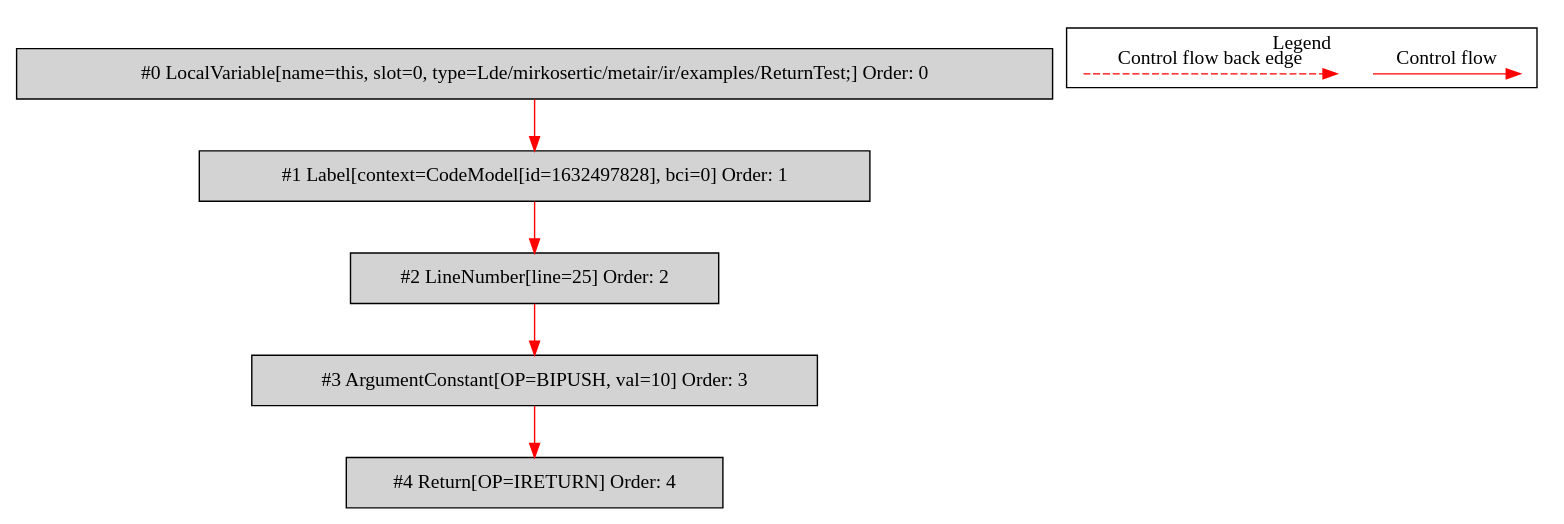
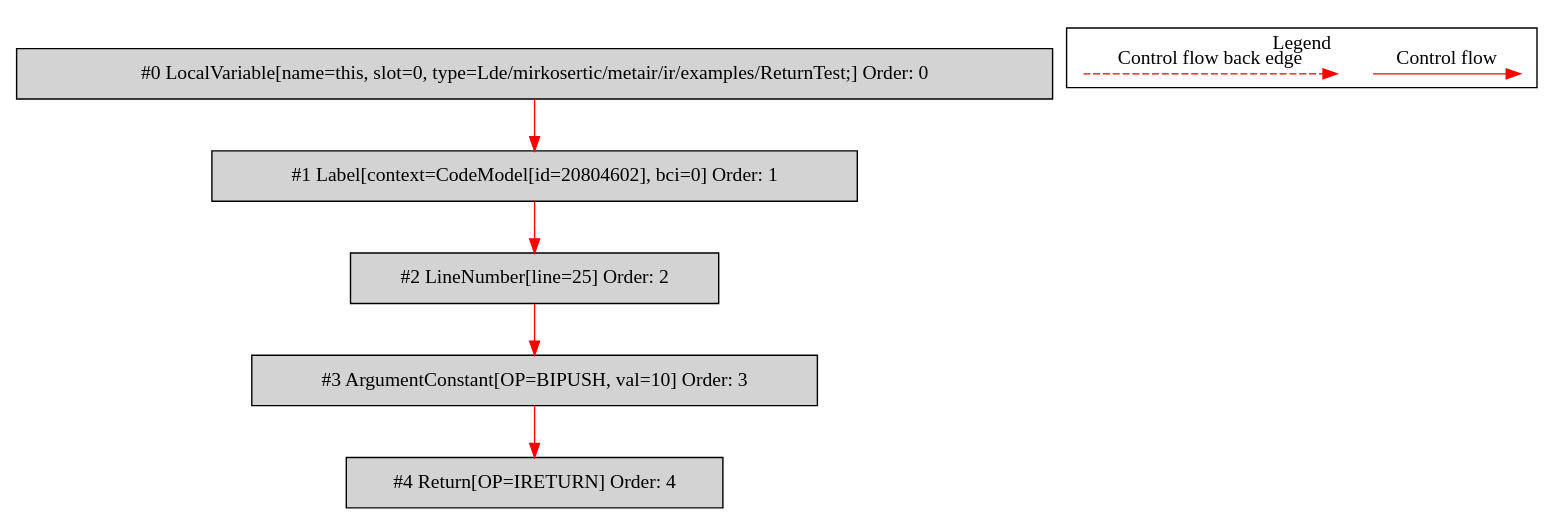
One commit to mirkosertic/MetaIR changed the diagram in de.mirkosertic.metair.ir.examples.ReturnTest/returnInt/bytecodecfg.dot. Above: the diagram before and after it, drawn with Graphviz. The commit also changed 427 other files, not shown here.

```diff
--- a/de.mirkosertic.metair.ir.examples.ReturnTest/returnInt/bytecodecfg.dot
+++ b/de.mirkosertic.metair.ir.examples.ReturnTest/returnInt/bytecodecfg.dot
@@ -1,26 +1,26 @@
 digraph {
  ordering="in";
  node0[label="#0 LocalVariable[name=this, slot=0, type=Lde/mirkosertic/metair/ir/examples/ReturnTest;] Order: 0", shape=box, fillcolor=lightgrey, style=filled];
- node1[label="#1 Label[context=CodeModel[id=1632497828], bci=0] Order: 1", shape=box, fillcolor=lightgrey, style=filled];
+ node1[label="#1 Label[context=CodeModel[id=20804602], bci=0] Order: 1", shape=box, fillcolor=lightgrey, style=filled];
  node2[label="#2 LineNumber[line=25] Order: 2", shape=box, fillcolor=lightgrey, style=filled];
  node3[label="#3 ArgumentConstant[OP=BIPUSH, val=10] Order: 3", shape=box, fillcolor=lightgrey, style=filled];
  node4[label="#4 Return[OP=IRETURN] Order: 4", shape=box, fillcolor=lightgrey, style=filled];
  node0 -> node1[color=red];
  node1 -> node2[color=red];
  node2 -> node3[color=red];
  node3 -> node4[color=red];
  subgraph cluster_000 {
   label = "Legend";
   node [shape=point]
   {
    rank=same;
    c0 [style = invis];
    c1 [style = invis];
    c2 [style = invis];
    c3 [style = invis];
   }
   c0 -> c1 [label="Control flow", style=solid, color=red]
   c2 -> c3 [label="Control flow back edge", style=dashed, color=red]
  }
 
 }
```
